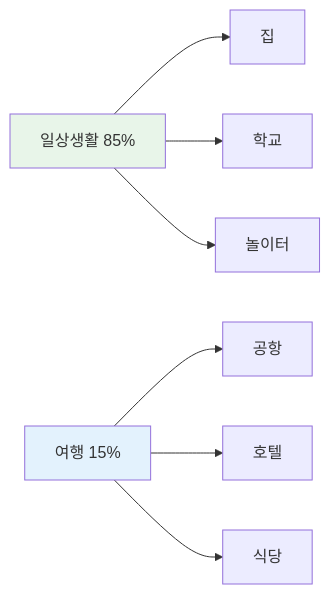
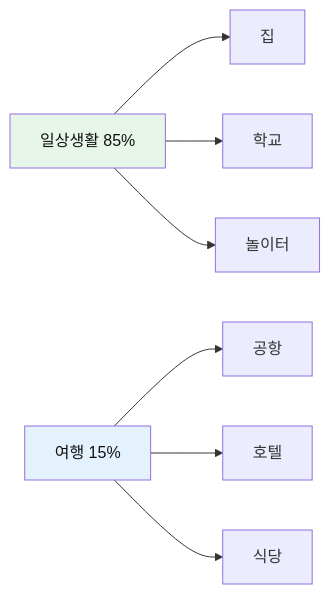
Before and after one commit to Collegenie-X/AI-English: diagram 11 of 13 in 영어_일상_회화/전설의_1_유아_회화_150패턴.md, drawn with Mermaid. The commit also changed other lines of this file and 26 other files, not shown here.

````diff
--- a/영어_일상_회화/전설의_1_유아_회화_150패턴.md
+++ b/영어_일상_회화/전설의_1_유아_회화_150패턴.md
@@ -1154,13 +1395,13 @@
 ```mermaid
 graph LR
     A[일상생활 85%] --> B[집]
     A --> C[학교]
     A --> D[놀이터]
     
     E[여행 15%] --> F[공항]
     E --> G[호텔]
     E --> H[식당]
     
-    style A fill:#e8f5e9
-    style E fill:#e3f2fd
+    style A fill:#e8f5e9,color:#111
+    style E fill:#e3f2fd,color:#111
 ```
````
